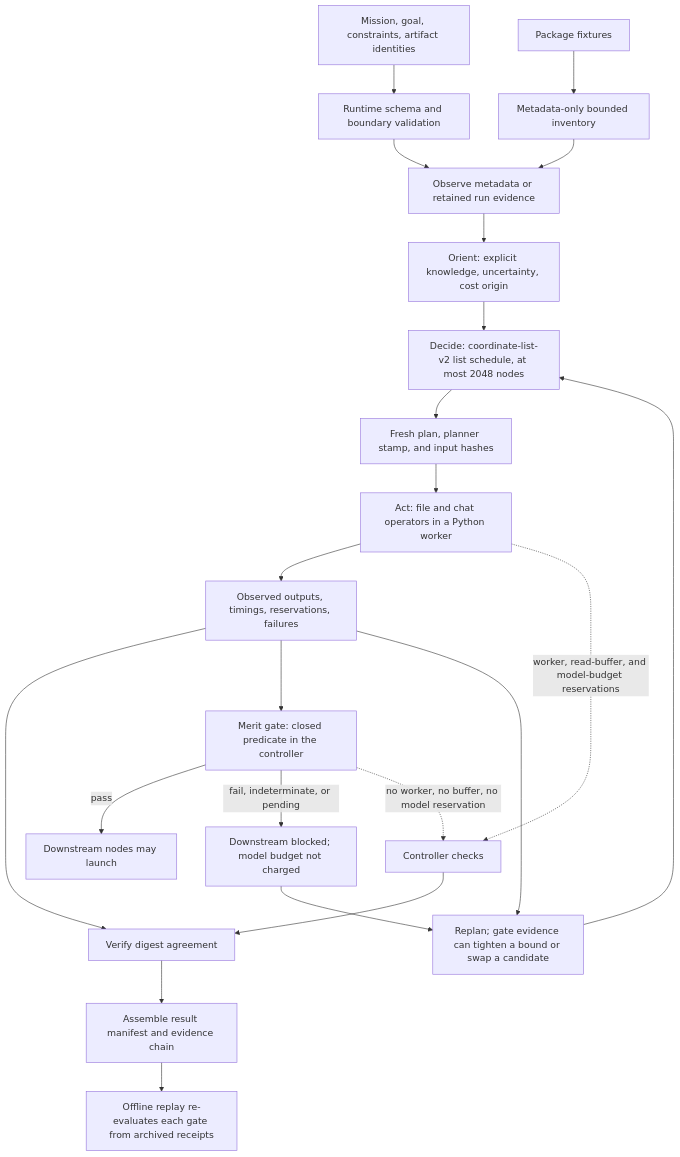
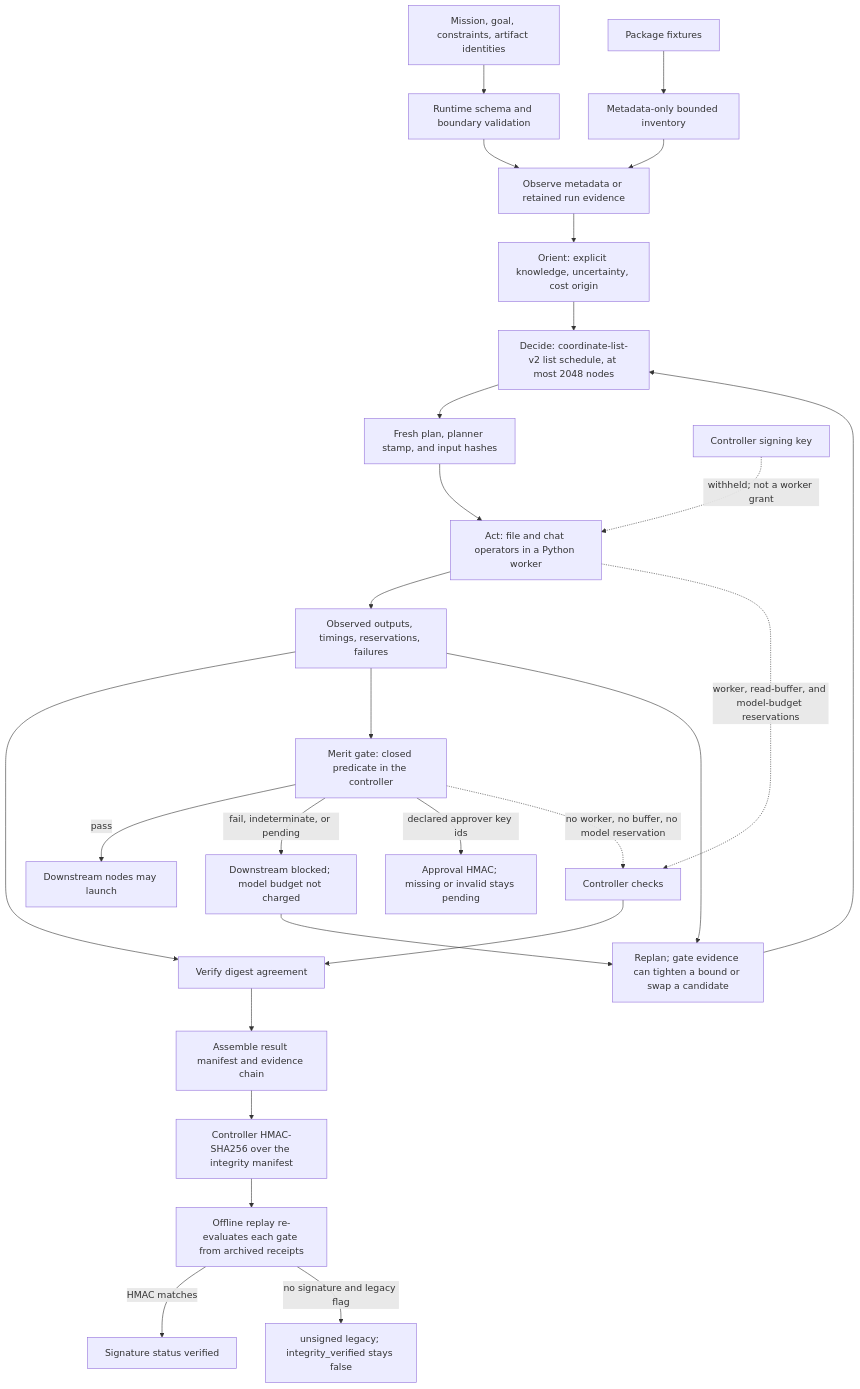
Before and after one commit to ZuluYokohama/mission-lab: the diagram in research/mission_lab_v0_1/ARCHITECTURE.mmd, drawn with Mermaid. The commit also changed 84 other files, not shown here.

First line of the commit message:
Sign run seals with HMAC-SHA256 (#14)

```diff
--- a/research/mission_lab_v0_1/ARCHITECTURE.mmd
+++ b/research/mission_lab_v0_1/ARCHITECTURE.mmd
@@ -1,22 +1,27 @@
 flowchart TD
     A[Mission, goal, constraints, artifact identities] --> V[Runtime schema and boundary validation]
     V --> O[Observe metadata or retained run evidence]
     O --> K[Orient: explicit knowledge, uncertainty, cost origin]
     K --> D[Decide: coordinate-list-v2 list schedule, at most 2048 nodes]
     D --> P[Fresh plan, planner stamp, and input hashes]
     P --> X[Act: file and chat operators in a Python worker]
     X --> E[Observed outputs, timings, reservations, failures]
     E --> G[Verify digest agreement]
     G --> M[Assemble result manifest and evidence chain]
     E --> W[Merit gate: closed predicate in the controller]
     W -->|pass| N[Downstream nodes may launch]
     W -->|fail, indeterminate, or pending| Z[Downstream blocked; model budget not charged]
     Z --> R[Replan; gate evidence can tighten a bound or swap a candidate]
     E --> R
     R --> D
-    M --> Q[Offline replay re-evaluates each gate from archived receipts]
+    M --> S[Controller HMAC-SHA256 over the integrity manifest]
+    S --> Q[Offline replay re-evaluates each gate from archived receipts]
+    Q -->|HMAC matches| Y[Signature status verified]
+    Q -->|no signature and legacy flag| L[unsigned legacy; integrity_verified stays false]
+    W -->|declared approver key ids| H[Approval HMAC; missing or invalid stays pending]
+    CK[Controller signing key] -. withheld; not a worker grant .-> X
     U[Package fixtures] --> I[Metadata-only bounded inventory]
     I --> O
     X -. worker, read-buffer, and model-budget reservations .-> B[Controller checks]
     B --> G
     W -. no worker, no buffer, no model reservation .-> B
```
